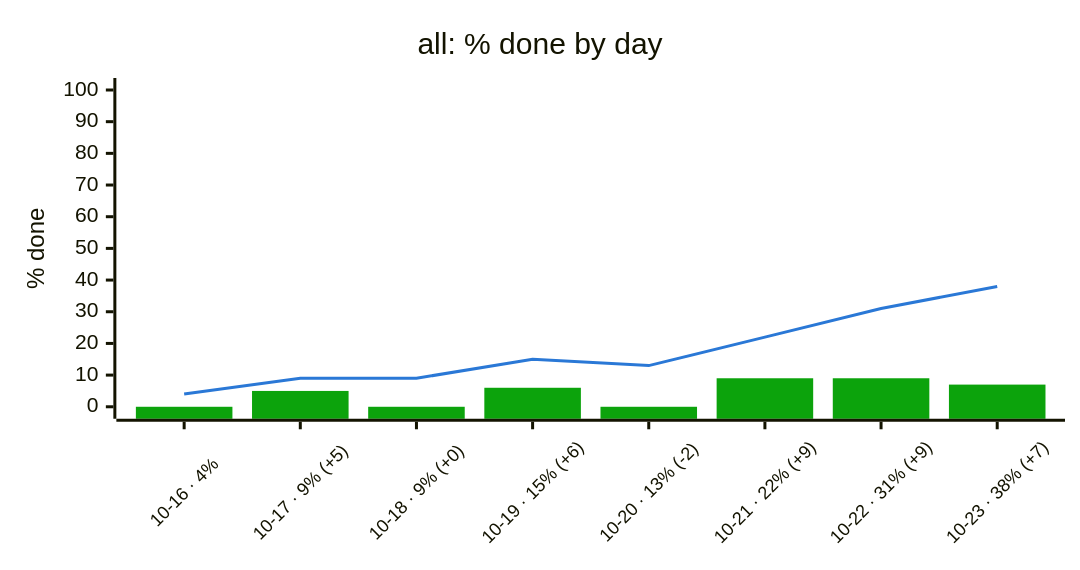
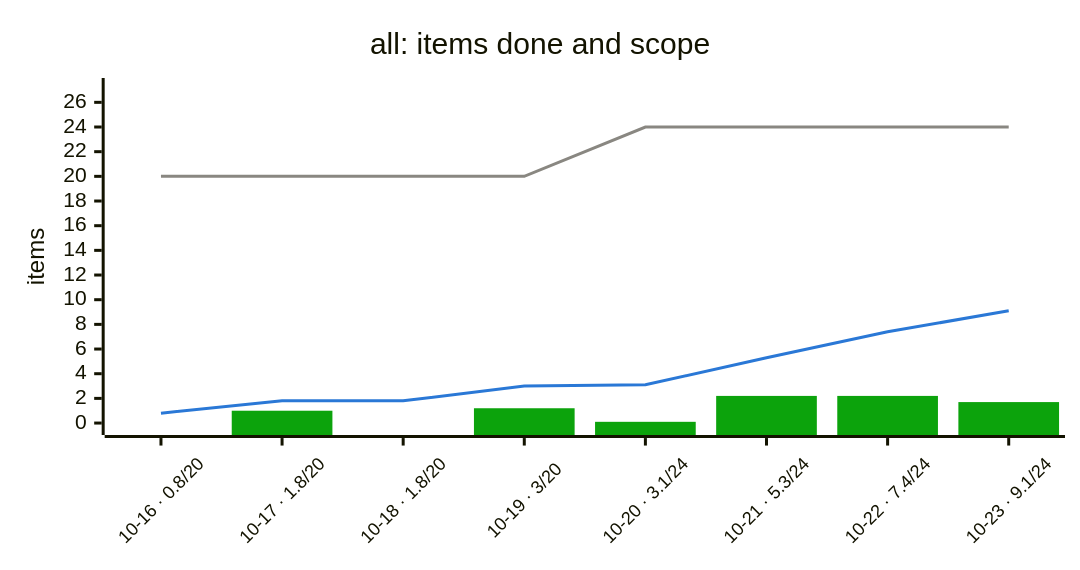
One commit to bvraghav/pmtrack changed the first of 2 diagrams in examples/trend-sample.md. Above: the diagram before and after it, drawn with Mermaid. The commit also changed other lines of this file and 4 other files, not shown here.

Commit message:
Trend: burn-up in items (scope, items done, items finished per day); zero bars not drawn

````diff
--- a/examples/trend-sample.md
+++ b/examples/trend-sample.md
@@ -18,9 +21,10 @@
 ```mermaid
-%%{init: {"themeVariables": {"xyChart": {"plotColorPalette": "#0ca30c,#2a78d6"}}, "xyChart": {"height": 360, "xAxis": {"labelRotation": -45, "labelFontSize": 12}}}}%%
+%%{init: {"themeVariables": {"xyChart": {"plotColorPalette": "#0ca30c,#898781,#2a78d6"}}, "xyChart": {"height": 360, "xAxis": {"labelRotation": -45, "labelFontSize": 12}}}}%%
 xychart-beta
-  title "all: % done by day"
-  x-axis ["10-16 · 4%", "10-17 · 9% (+5)", "10-18 · 9% (+0)", "10-19 · 15% (+6)", "10-20 · 13% (-2)", "10-21 · 22% (+9)", "10-22 · 31% (+9)", "10-23 · 38% (+7)"]
-  y-axis "% done" 0 --> 100
-  bar [0, 5, 0, 6, 0, 9, 9, 7]
-  line [4, 9, 9, 15, 13, 22, 31, 38]
+  title "all: items done and scope"
+  x-axis ["10-16 · 0.8/20", "10-17 · 1.8/20", "10-18 · 1.8/20", "10-19 · 3/20", "10-20 · 3.1/24", "10-21 · 5.3/24", "10-22 · 7.4/24", "10-23 · 9.1/24"]
+  y-axis "items" 0 --> 27
+  bar [-27, 1, -27, 1.2, 0.1, 2.2, 2.2, 1.7]
+  line [20, 20, 20, 20, 24, 24, 24, 24]
+  line [0.8, 1.8, 1.8, 3, 3.1, 5.3, 7.4, 9.1]
 ```
````
